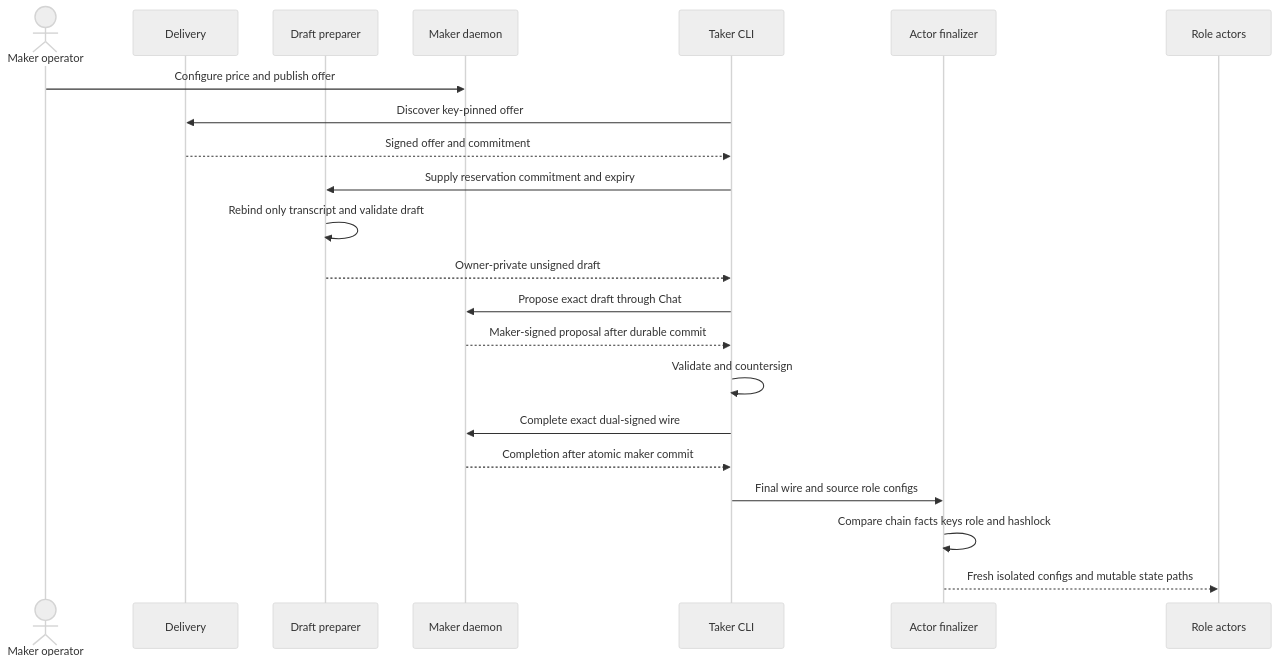
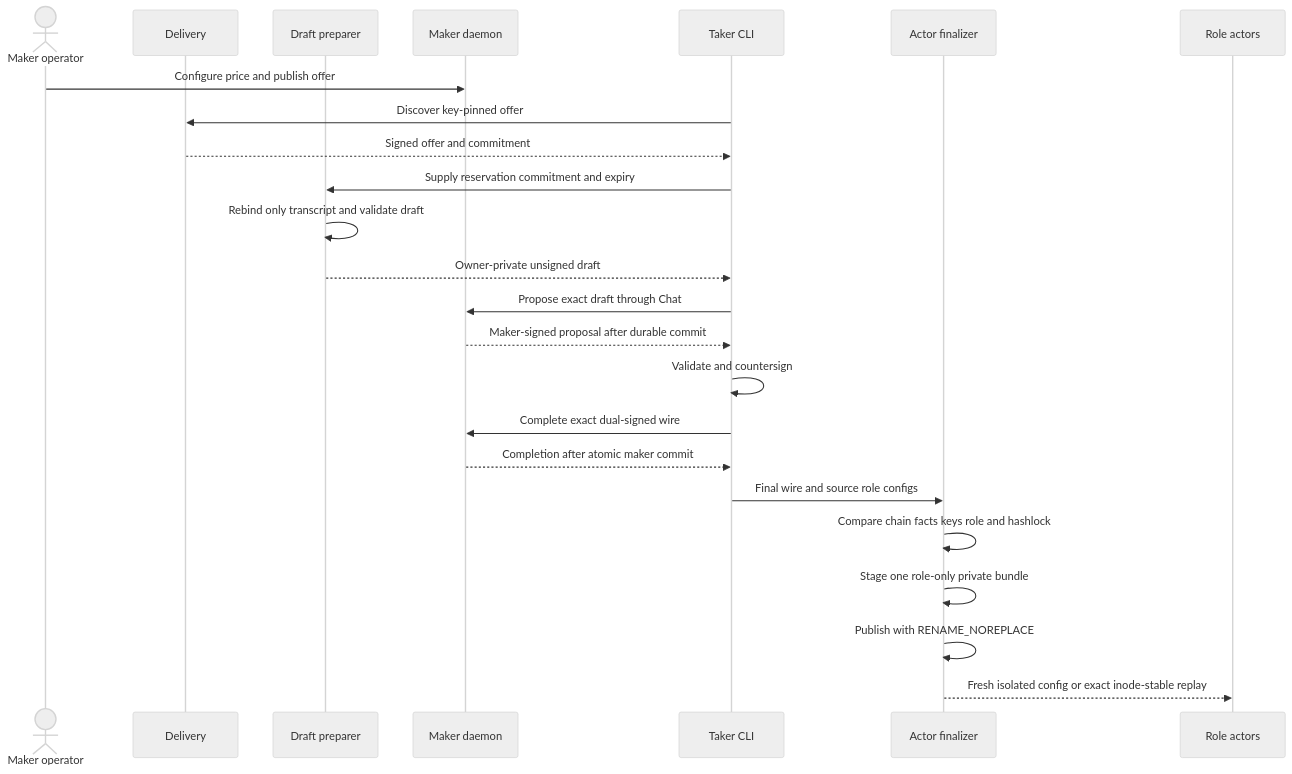
Before and after one commit to gateway-fm/lez-atomic-swaps: the second of 2 diagrams in docs/architecture/0093-rebind-chat-agreements-into-fresh-actors.md, drawn with Mermaid (neutral theme). The commit also changed other lines of this file and 6 other files, not shown here.

````diff
--- a/docs/architecture/0093-rebind-chat-agreements-into-fresh-actors.md
+++ b/docs/architecture/0093-rebind-chat-agreements-into-fresh-actors.md
@@ -67,25 +77,27 @@
 ```mermaid
 sequenceDiagram
     actor O as Maker operator
     participant D as Delivery
     participant P as Draft preparer
     participant M as Maker daemon
     participant T as Taker CLI
     participant F as Actor finalizer
     participant A as Role actors
 
     O->>M: Configure price and publish offer
     T->>D: Discover key-pinned offer
     D-->>T: Signed offer and commitment
     T->>P: Supply reservation commitment and expiry
     P->>P: Rebind only transcript and validate draft
     P-->>T: Owner-private unsigned draft
     T->>M: Propose exact draft through Chat
     M-->>T: Maker-signed proposal after durable commit
     T->>T: Validate and countersign
     T->>M: Complete exact dual-signed wire
     M-->>T: Completion after atomic maker commit
     T->>F: Final wire and source role configs
     F->>F: Compare chain facts keys role and hashlock
-    F-->>A: Fresh isolated configs and mutable state paths
+    F->>F: Stage one role-only private bundle
+    F->>F: Publish with RENAME_NOREPLACE
+    F-->>A: Fresh isolated config or exact inode-stable replay
 ```
````
